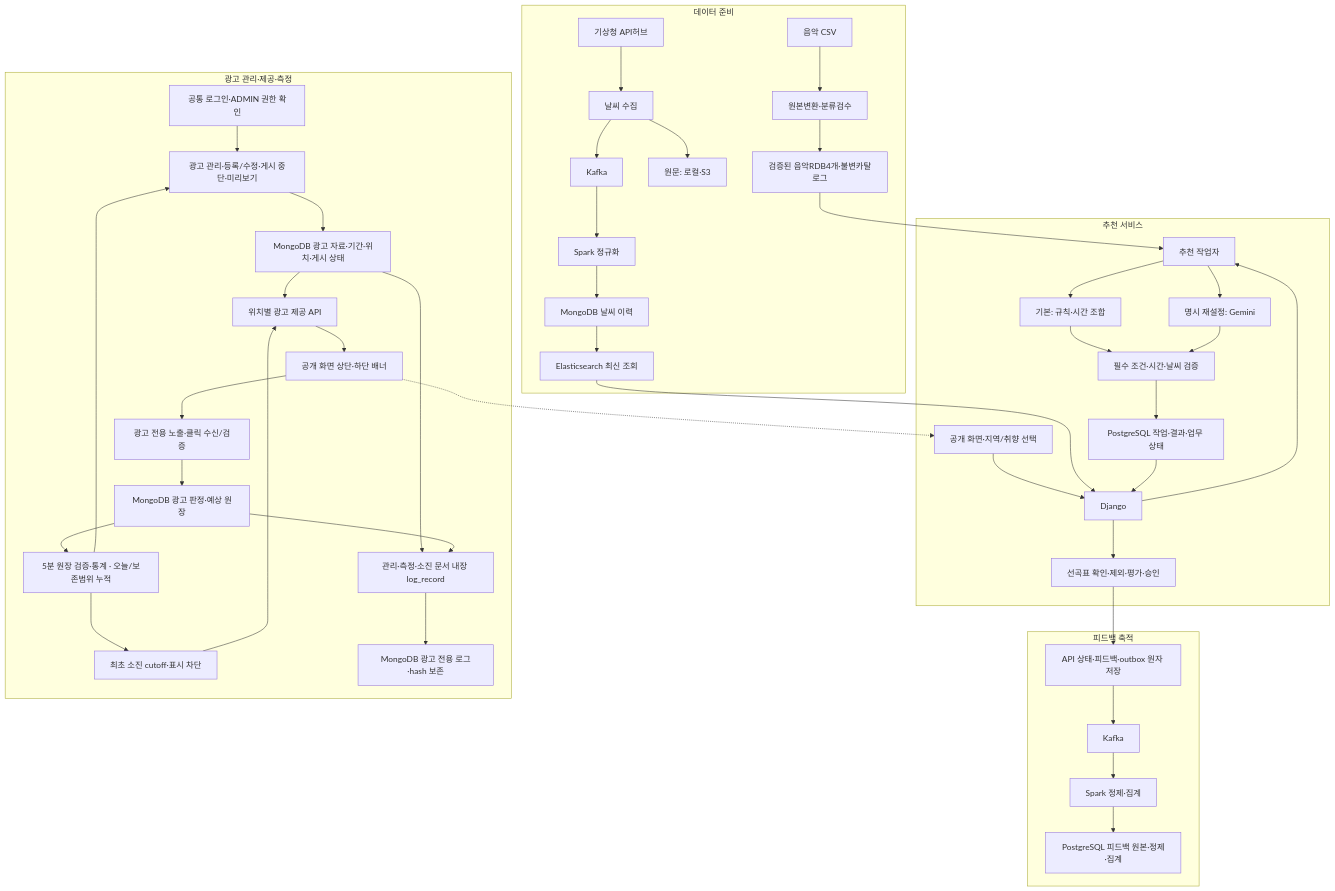
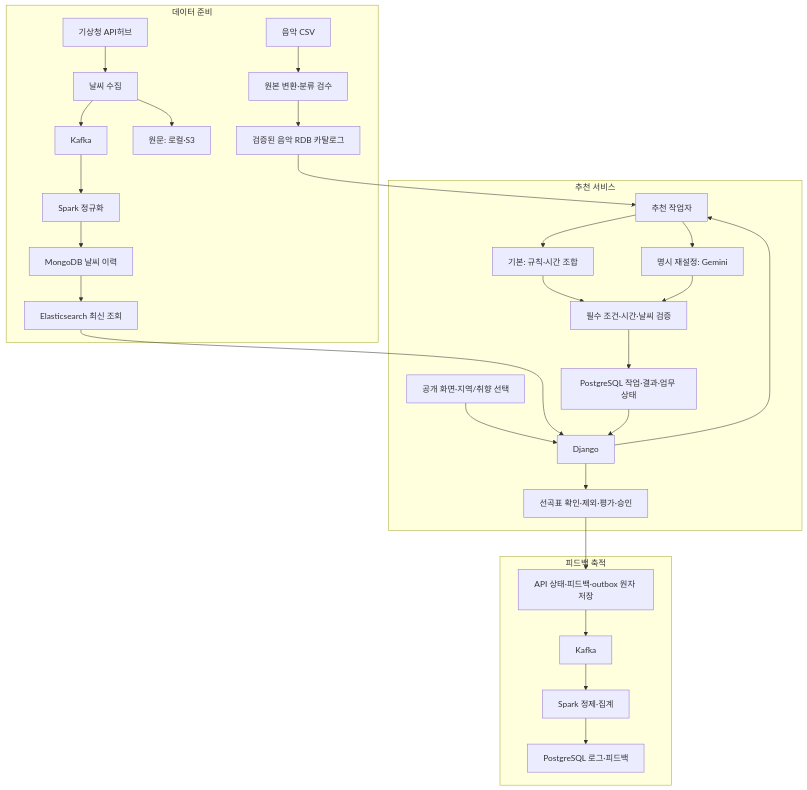
One commit to encore-ai-campus/mlo-01-p3-team1 changed the diagram in README.md. Above: the diagram before and after it, drawn with Mermaid. The commit also changed other lines of this file and 99 other files, not shown here.

````diff
--- a/README.md
+++ b/README.md
@@ -85,48 +64,32 @@
 ```mermaid
 flowchart TB
     subgraph DATA[데이터 준비]
-        CSV[음악 CSV] --> REVIEW[원본변환·분류검수]
-        REVIEW --> MUSIC[검증된 음악RDB4개·불변카탈로그]
+        CSV[음악 CSV] --> REVIEW[원본 변환·분류 검수]
+        REVIEW --> MUSIC[검증된 음악 RDB 카탈로그]
         KMA[기상청 API허브] --> COLLECT[날씨 수집]
         COLLECT --> RAW[원문: 로컬·S3]
         COLLECT --> WK[Kafka]
         WK --> WS[Spark 정규화]
         WS --> MONGO[MongoDB 날씨 이력]
         MONGO --> ES[Elasticsearch 최신 조회]
     end
     subgraph SERVICE[추천 서비스]
         WEB[공개 화면·지역/취향 선택] --> API[Django]
         ES --> API
         API --> WORKER[추천 작업자]
         MUSIC --> WORKER
         WORKER --> RULE[기본: 규칙·시간 조합]
         WORKER --> GEMINI[명시 재설정: Gemini]
         RULE --> CHECK[필수 조건·시간·날씨 검증]
         GEMINI --> CHECK
         CHECK --> DB[PostgreSQL 작업·결과·업무 상태]
         DB --> API
         API --> RESULT[선곡표 확인·제외·평가·승인]
     end
     subgraph FEEDBACK[피드백 축적]
         RESULT --> SAVE[API 상태·피드백·outbox 원자 저장]
         SAVE --> FK[Kafka]
         FK --> FS[Spark 정제·집계]
-        FS --> LOGDB[PostgreSQL 피드백 원본·정제·집계]
+        FS --> LOGDB[PostgreSQL 로그·피드백]
     end
-    subgraph ADS[광고 관리·제공·측정]
-        LOGIN[공통 로그인·ADMIN 권한 확인] --> ADADMIN[광고 관리·등록/수정·게시 중단·미리보기]
-        ADADMIN --> ADSTORE[MongoDB 광고 자료·기간·위치·게시 상태]
-        ADSTORE --> DELIVERY[위치별 광고 제공 API]
-        DELIVERY --> BANNERS[공개 화면 상단·하단 배너]
-        BANNERS --> ADEVENT[광고 전용 노출·클릭 수신/검증]
-        ADEVENT --> ADMETRICS[MongoDB 광고 판정·예상 원장]
-        ADMETRICS --> ADSTATS[5분 원장 검증·통계 · 오늘/보존범위 누적]
-        ADSTATS --> ADBUDGET[최초 소진 cutoff·표시 차단]
-        ADBUDGET --> DELIVERY
-        ADSTATS --> ADADMIN
-        ADSTORE --> ADOUTBOX[관리·측정·소진 문서 내장 log_record]
-        ADMETRICS --> ADOUTBOX
-        ADOUTBOX --> ADLOG[MongoDB 광고 전용 로그·hash 보존]
-    end
-    BANNERS -.-> WEB
 ```
````
